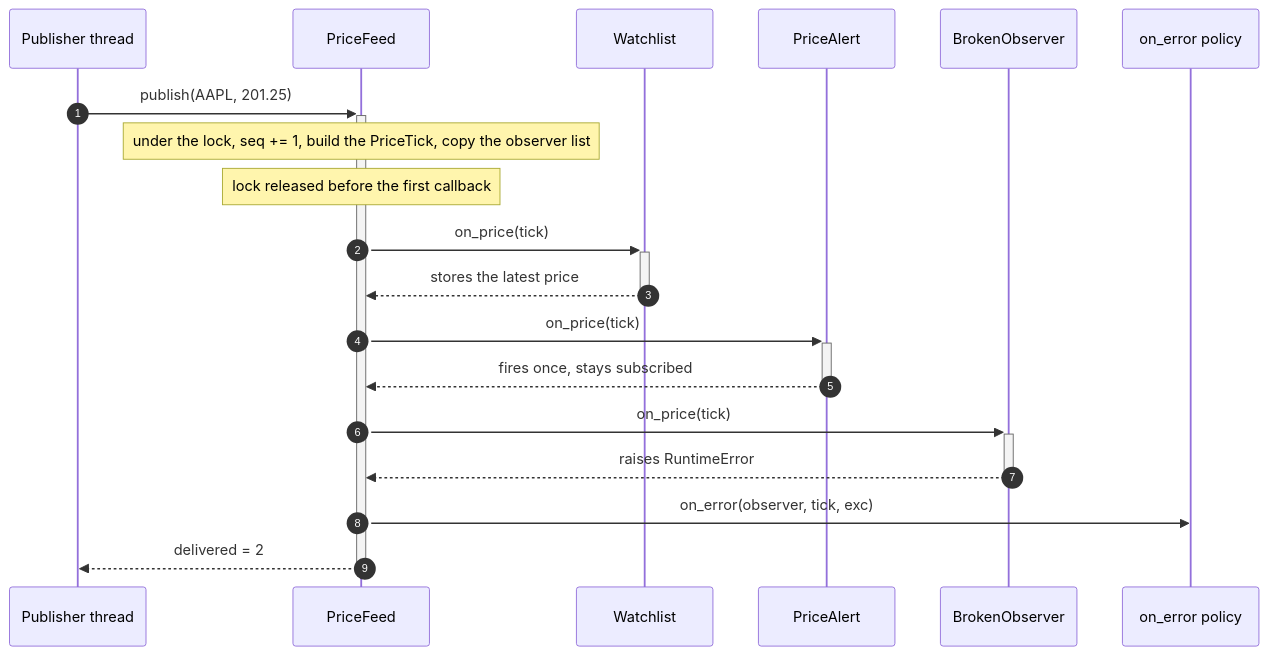
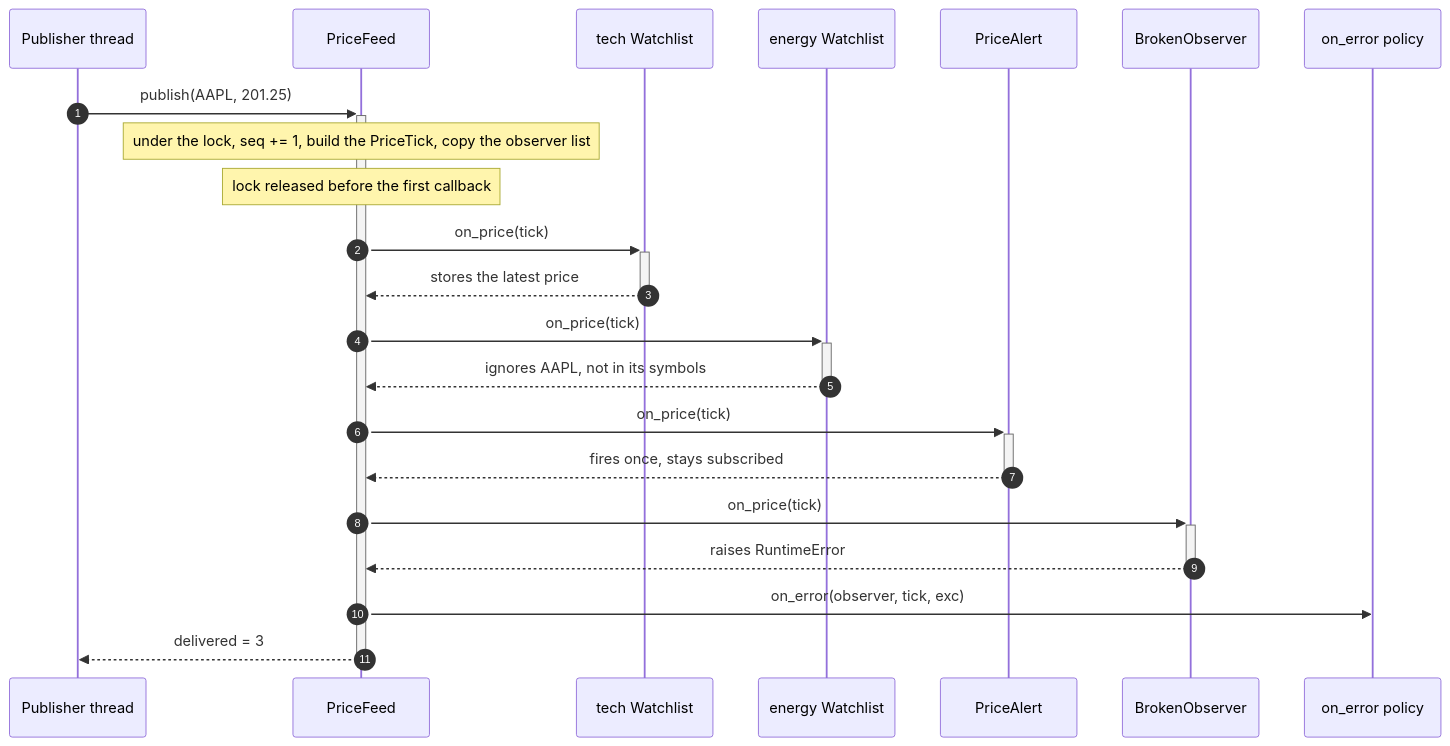
One commit to param087/hld-lld-interview-handbook changed the second of 2 diagrams in docs/lld/patterns/observer.md. Above: the diagram before and after it, drawn with Mermaid. The commit also changed 22 other files, not shown here.

Commit message:
Review R5 fixes: LLD fundamentals accuracy (UML notation, GIL atomicity, match exhaustiveness, RWLock reentrancy); align AUTHORING realisation arrow

````diff
--- a/docs/lld/patterns/observer.md
+++ b/docs/lld/patterns/observer.md
@@ -74,21 +74,24 @@
 ```mermaid
 sequenceDiagram
     autonumber
     participant P as Publisher thread
     participant F as PriceFeed
-    participant W as Watchlist
+    participant W as tech Watchlist
+    participant X as energy Watchlist
     participant A as PriceAlert
     participant B as BrokenObserver
     participant E as on_error policy
     P->>+F: publish(AAPL, 201.25)
     Note over F: under the lock, seq += 1, build the PriceTick, copy the observer list
     Note over F: lock released before the first callback
     F->>+W: on_price(tick)
     W-->>-F: stores the latest price
+    F->>+X: on_price(tick)
+    X-->>-F: ignores AAPL, not in its symbols
     F->>+A: on_price(tick)
     A-->>-F: fires once, stays subscribed
     F->>+B: on_price(tick)
     B-->>-F: raises RuntimeError
     F->>E: on_error(observer, tick, exc)
-    F-->>-P: delivered = 2
+    F-->>-P: delivered = 3
 ```
````
